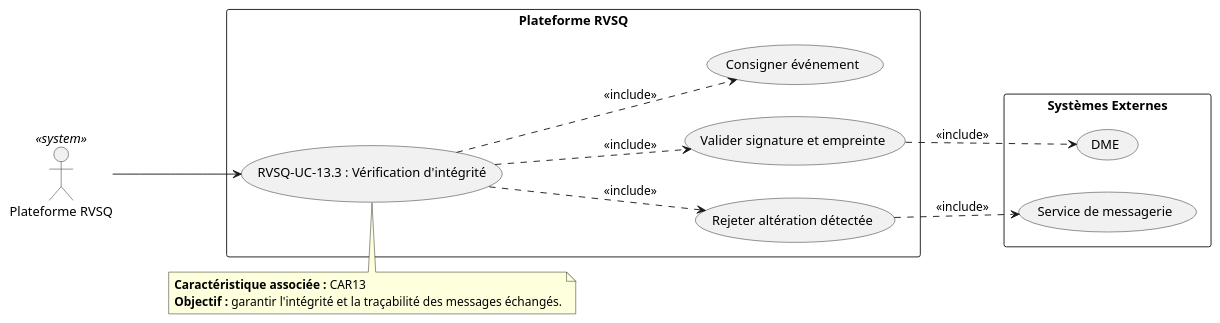
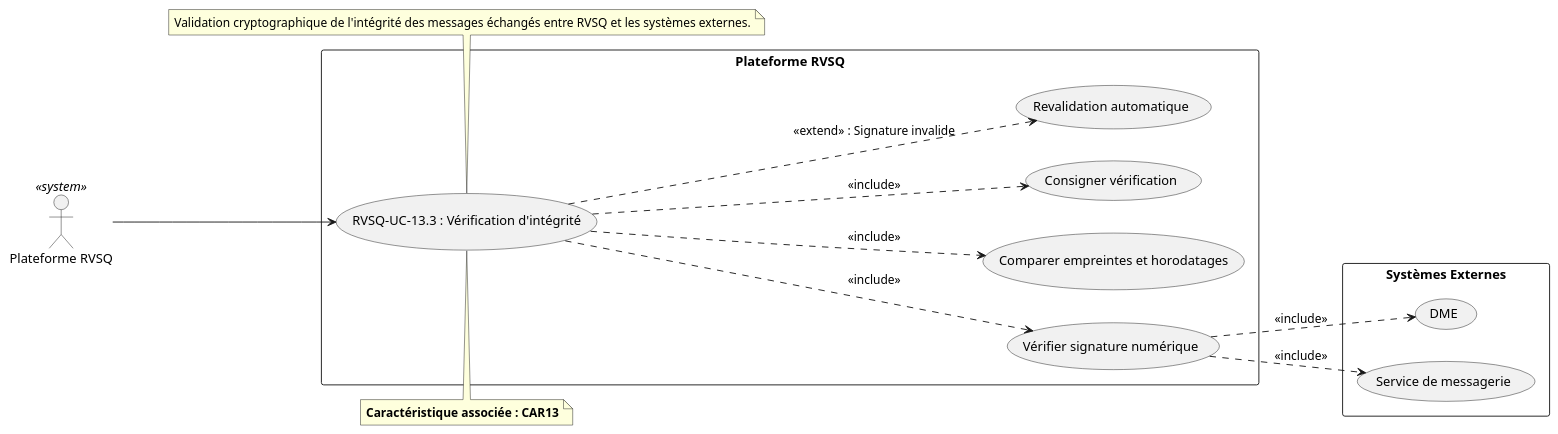
The diagram in RVSQ-UC-13_3_Verification_Integrite.puml (serghino/use-cases-RVSQ), drawn with PlantUML before and after one commit. The commit also changed 23 other files, not shown here.

Commit message:
fix(B04,B06,B09): fix .md structure and add excludes when applicable to the diagrams

```diff
--- a/RVSQ-UC-13_3_Verification_Integrite.puml
+++ b/RVSQ-UC-13_3_Verification_Integrite.puml
@@ -1,30 +1,35 @@
 @startuml RVSQ-UC-13_3_Verification_Integrite
 left to right direction
 
 actor "Plateforme RVSQ" as RVSQActor <<system>>
 
 rectangle "Plateforme RVSQ" {
   usecase "RVSQ-UC-13.3 : Vérification d'intégrité" as UC133
-  usecase "Valider signature et empreinte" as UC133_A
-  usecase "Rejeter altération détectée" as UC133_B
-  usecase "Consigner événement" as UC133_C
+  usecase "Vérifier signature numérique" as UC133_A
+  usecase "Comparer empreintes et horodatages" as UC133_B
+  usecase "Consigner vérification" as UC133_C
+  usecase "Revalidation automatique" as UC133_D
 }
 
 rectangle "Systèmes Externes" {
   usecase "DME" as DME
   usecase "Service de messagerie" as MSG
 }
 
 RVSQActor --> UC133
 UC133 ..> UC133_A : <<include>>
 UC133 ..> UC133_B : <<include>>
 UC133 ..> UC133_C : <<include>>
+UC133 ..> UC133_D : <<extend>> : Signature invalide
 
 UC133_A ..> DME : <<include>>
-UC133_B ..> MSG : <<include>>
+UC133_A ..> MSG : <<include>>
 
 note top of UC133
-  **Caractéristique associée :** CAR13  
-  **Objectif :** garantir l'intégrité et la traçabilité des messages échangés.
+  **Caractéristique associée : CAR13**
+end note
+
+note bottom of UC133
+  Validation cryptographique de l'intégrité des messages échangés entre RVSQ et les systèmes externes.
 end note
 @enduml
```
